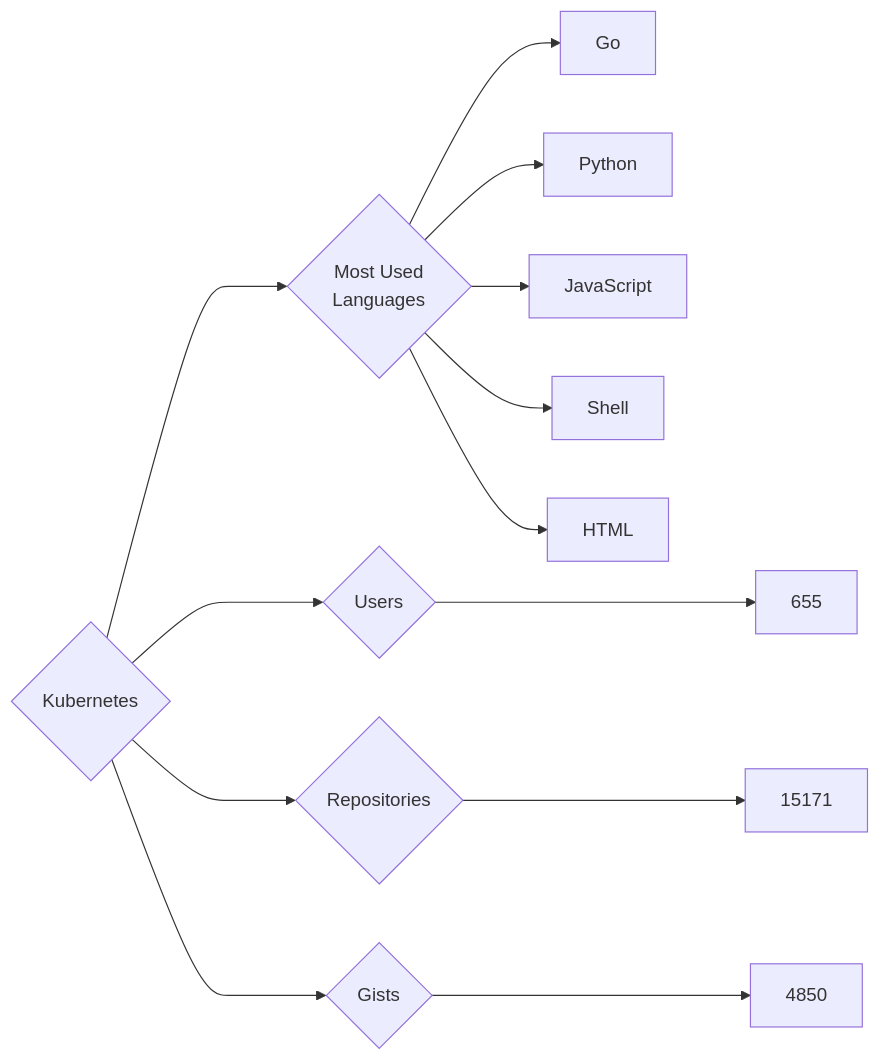
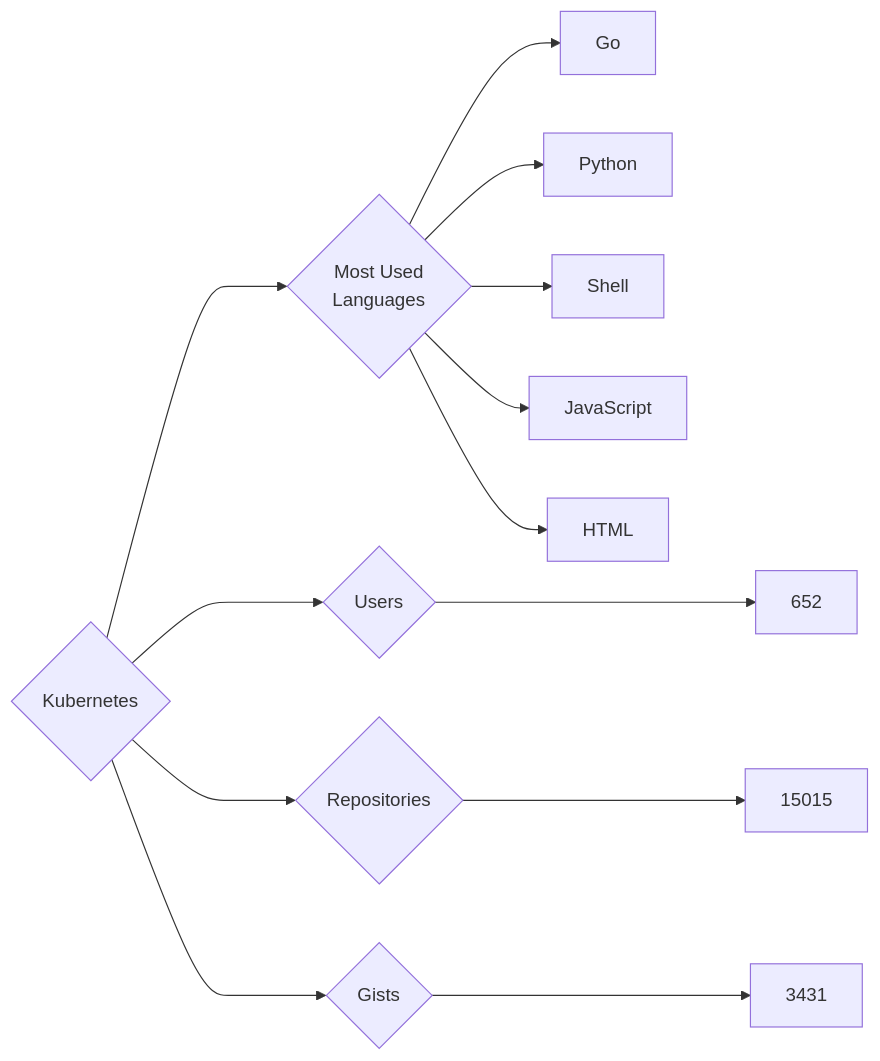
Before and after one commit to trickest/insiders: the diagram in targets/Kubernetes/README.md, drawn with Mermaid. The commit also changed 545 other files, not shown here.

````diff
--- a/targets/Kubernetes/README.md
+++ b/targets/Kubernetes/README.md
@@ -3,13 +3,13 @@
 ```mermaid
 graph LR
 COMPANY_NAME{Kubernetes}
-COMPANY_NAME ---> U{Users} ---> UN[655]
-COMPANY_NAME ---> R{Repositories} ---> RN[15171]
-COMPANY_NAME ---> G{Gists} ---> GN[4850]
+COMPANY_NAME ---> U{Users} ---> UN[652]
+COMPANY_NAME ---> R{Repositories} ---> RN[15015]
+COMPANY_NAME ---> G{Gists} ---> GN[3431]
 COMPANY_NAME ---> ML{Most Used<br>Languages}
 ML --> Go[Go]
 ML --> Python[Python]
+ML --> Shell[Shell]
 ML --> JavaScript[JavaScript]
-ML --> Shell[Shell]
 ML --> HTML[HTML]
 ```
````
